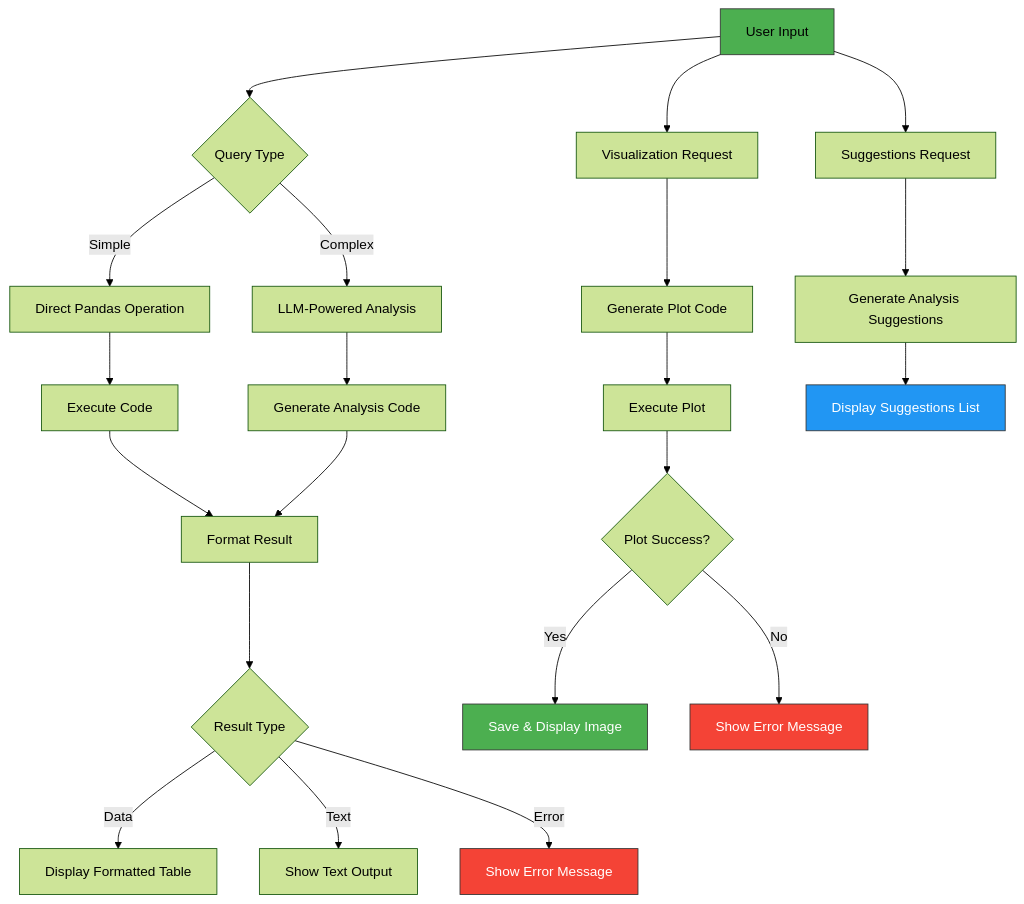
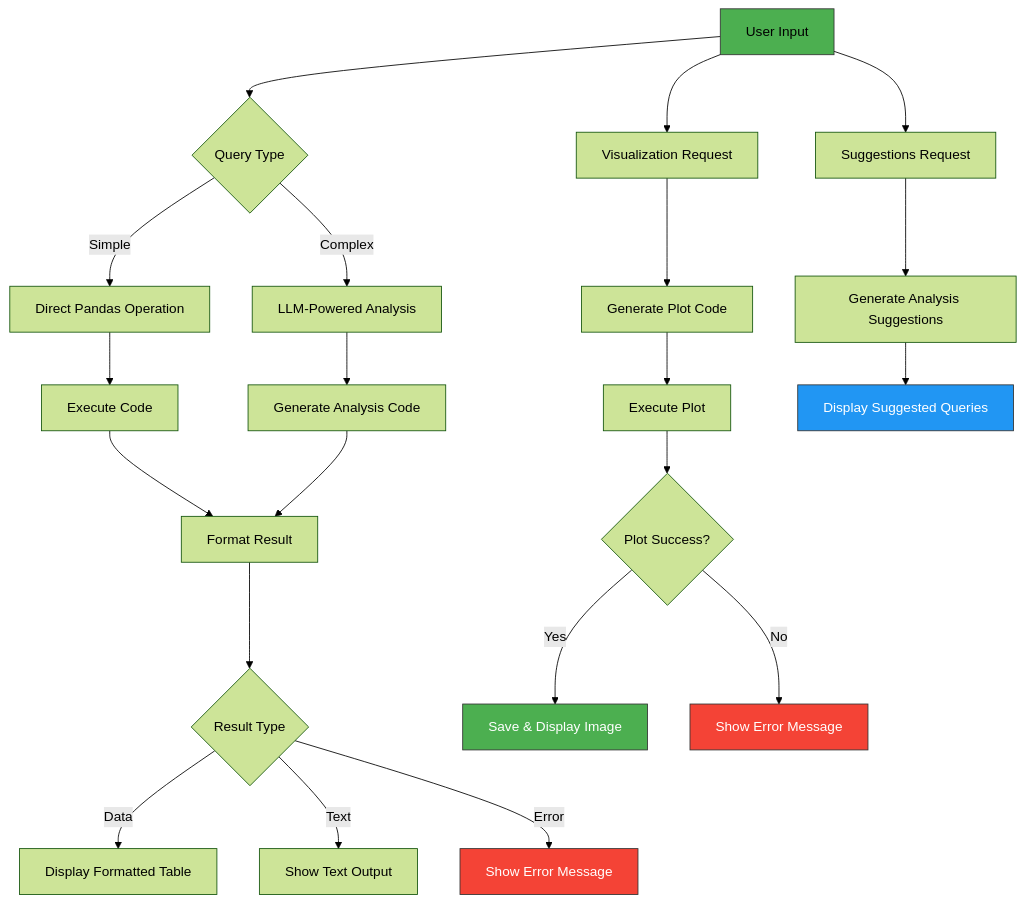
One commit to amn-sdqi/Multi_agent changed the diagram in Data Analysis Agent/README.md. Above: the diagram before and after it, drawn with Mermaid (forest theme).

````diff
--- a/Data Analysis Agent/README.md
+++ b/Data Analysis Agent/README.md
@@ -52,34 +52,34 @@
 ```mermaid
 graph TD
     A[User Input] --> B{Query Type}
     B -->|Simple| C[Direct Pandas Operation]
     B -->|Complex| D[LLM-Powered Analysis]
     
     C --> E[Execute Code]
     D --> F[Generate Analysis Code]
     
     E --> G[Format Result]
     F --> G
     
     G --> H{Result Type}
     H -->|Data| I[Display Formatted Table]
     H -->|Text| J[Show Text Output]
     H -->|Error| K[Show Error Message]
     
     A --> L[Visualization Request]
     L --> M[Generate Plot Code]
     M --> N[Execute Plot]
     N --> O{Plot Success?}
     O -->|Yes| P[Save & Display Image]
     O -->|No| Q[Show Error Message]
     
     A --> R[Suggestions Request]
     R --> S[Generate Analysis Suggestions]
-    S --> T[Display Suggestions List]
+    S --> T[Display Suggested Queries]
     
     style A fill:#4CAF50,stroke:#333
     style K fill:#F44336,stroke:#333,color:#fff
     style Q fill:#F44336,stroke:#333,color:#fff
     style T fill:#2196F3,stroke:#333,color:#fff
     style P fill:#4CAF50,stroke:#333,color:#fff
 ```
````
